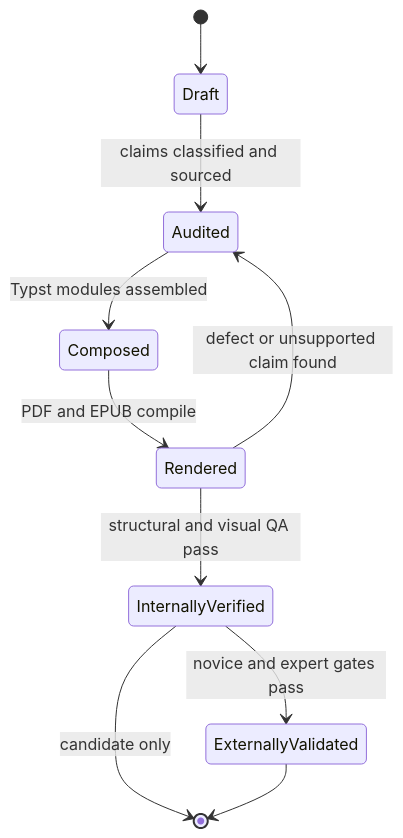
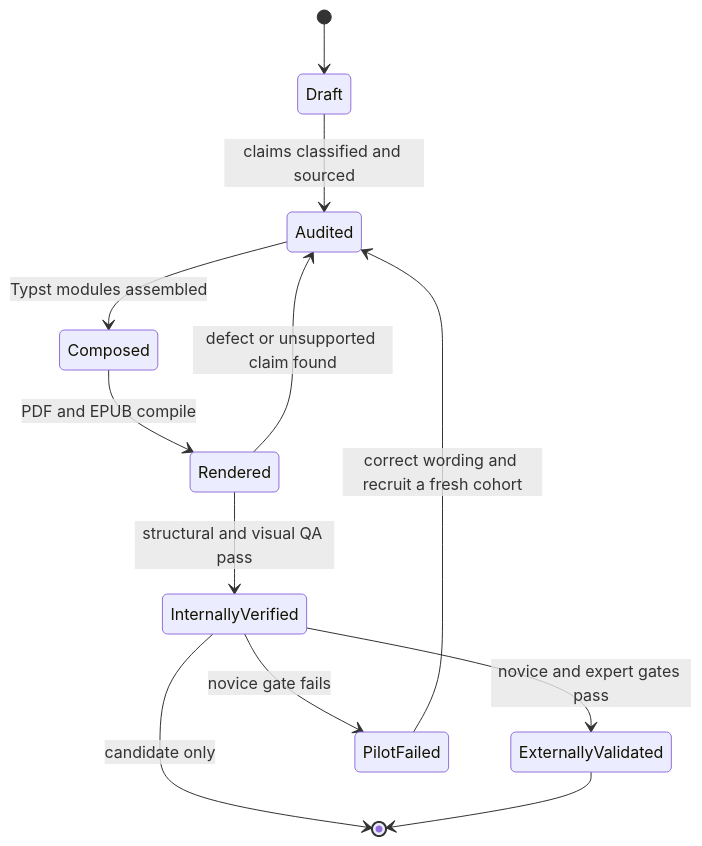
The fourth of 5 diagrams in AGENTS.md (streamentry/streamentry), drawn with Mermaid before and after one commit. The commit also changed other lines of this file and 45 other files, not shown here.

````diff
--- a/AGENTS.md
+++ b/AGENTS.md
@@ -101,12 +115,14 @@
 ```mermaid
 stateDiagram-v2
   [*] --> Draft
   Draft --> Audited: claims classified and sourced
   Audited --> Composed: Typst modules assembled
   Composed --> Rendered: PDF and EPUB compile
   Rendered --> Audited: defect or unsupported claim found
   Rendered --> InternallyVerified: structural and visual QA pass
   InternallyVerified --> ExternallyValidated: novice and expert gates pass
+  InternallyVerified --> PilotFailed: novice gate fails
+  PilotFailed --> Audited: correct wording and recruit a fresh cohort
   InternallyVerified --> [*]: candidate only
   ExternallyValidated --> [*]
 ```
````
